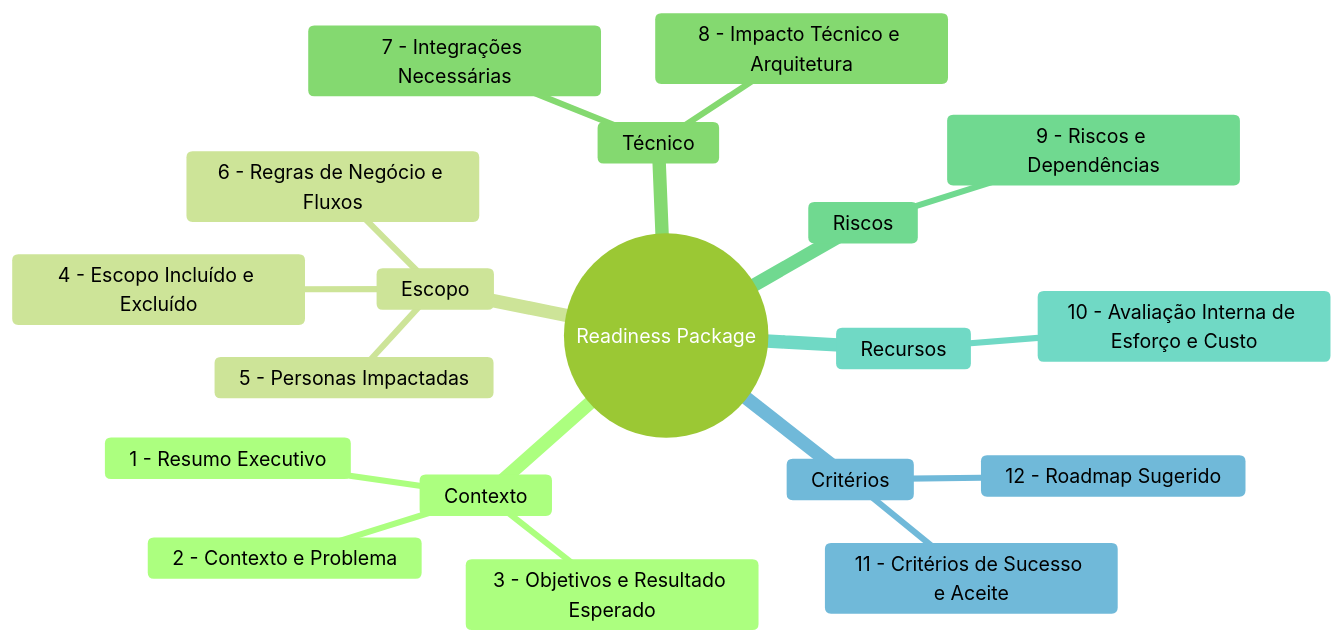
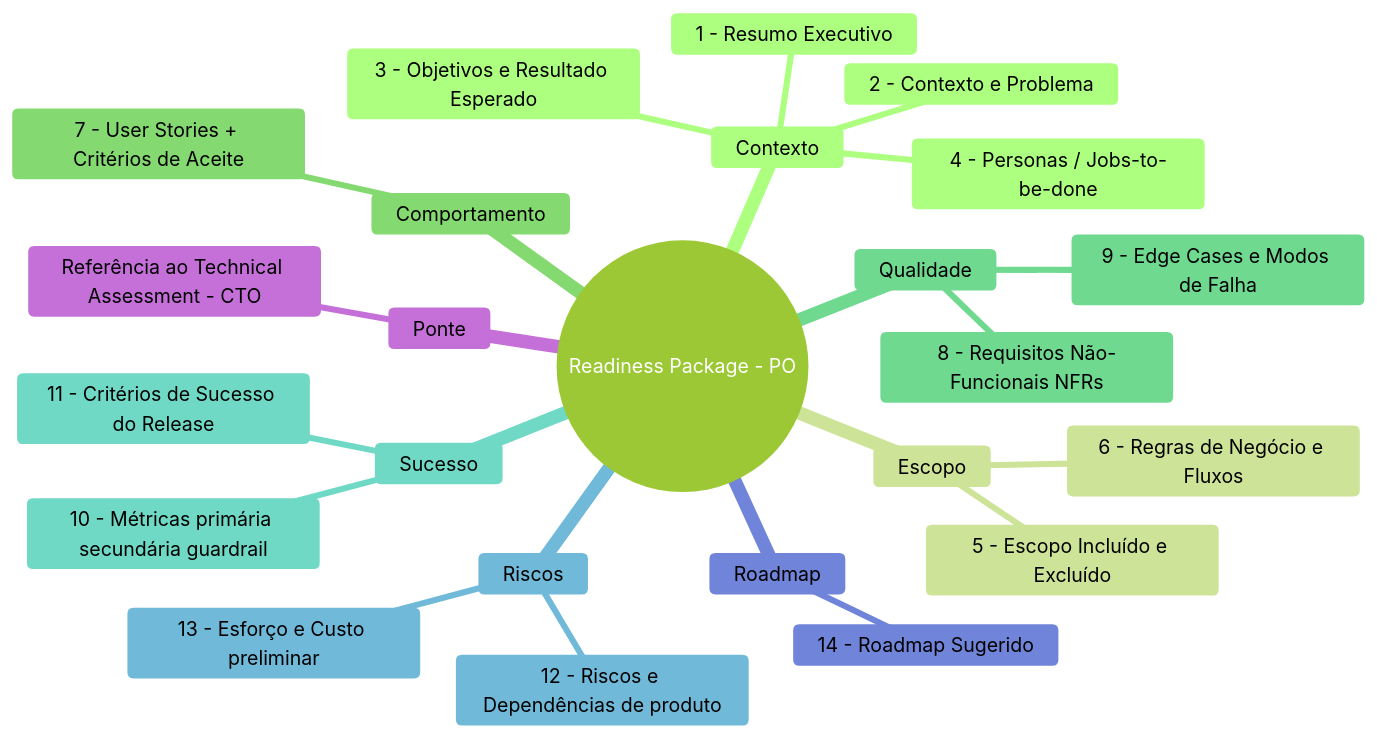
One commit to hugo-hsbtech/teamwork-process changed the fourth of 11 diagrams in README.md. Above: the diagram before and after it, drawn with Mermaid (forest theme). The commit also changed other lines of this file and 15 other files, not shown here.

First line of the commit message:
docs: alinha modelo ao commitment point (RP→PRD) e separa Technical Assessment (#2)

````diff
--- a/README.md
+++ b/README.md
@@ -257,22 +265,27 @@
 ```mermaid
 mindmap
-  root((Readiness Package))
+  root((Readiness Package - PO))
     Contexto
       1 - Resumo Executivo
       2 - Contexto e Problema
       3 - Objetivos e Resultado Esperado
+      4 - Personas / Jobs-to-be-done
     Escopo
-      4 - Escopo Incluído e Excluído
-      5 - Personas Impactadas
+      5 - Escopo Incluído e Excluído
       6 - Regras de Negócio e Fluxos
-    Técnico
-      7 - Integrações Necessárias
-      8 - Impacto Técnico e Arquitetura
+    Comportamento
+      7 - User Stories + Critérios de Aceite
+    Qualidade
+      8 - Requisitos Não-Funcionais NFRs
+      9 - Edge Cases e Modos de Falha
+    Sucesso
+      10 - Métricas primária secundária guardrail
+      11 - Critérios de Sucesso do Release
     Riscos
-      9 - Riscos e Dependências
-    Recursos
-      10 - Avaliação Interna de Esforço e Custo
-    Critérios
-      11 - Critérios de Sucesso e Aceite
-      12 - Roadmap Sugerido
+      12 - Riscos e Dependências de produto
+      13 - Esforço e Custo preliminar
+    Roadmap
+      14 - Roadmap Sugerido
+    Ponte
+      Referência ao Technical Assessment - CTO
 ```
````
